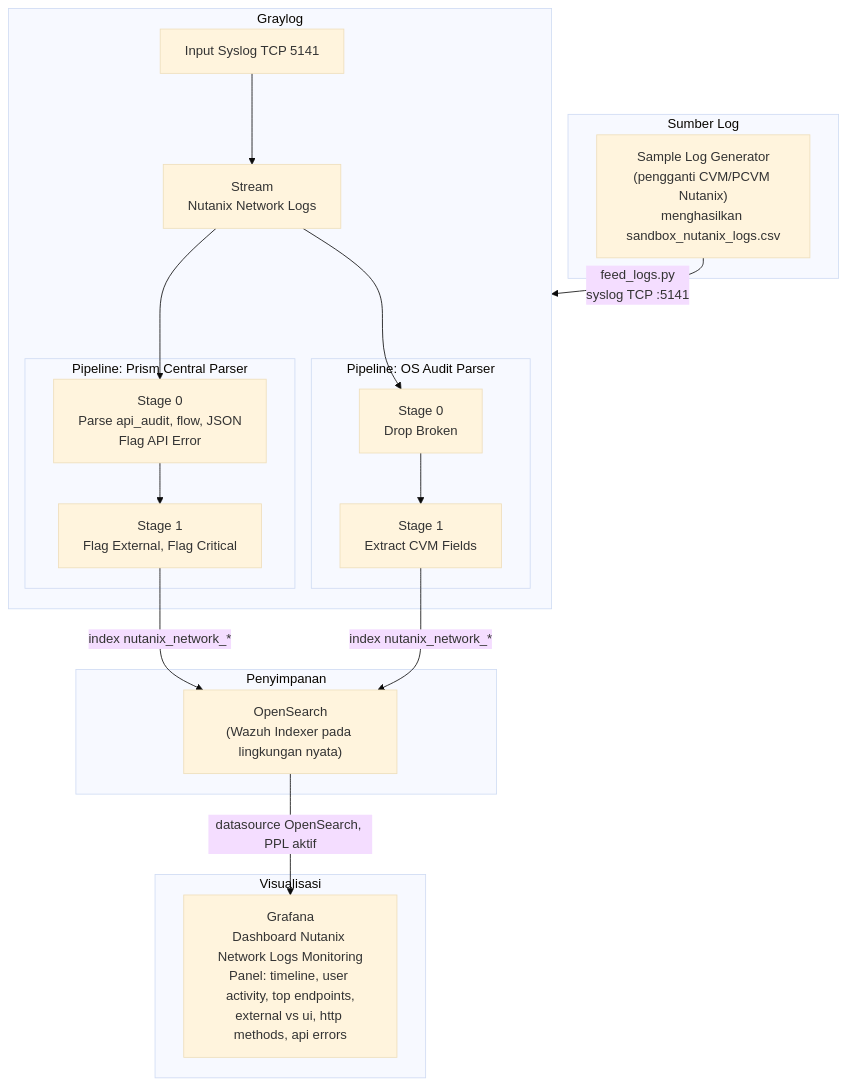
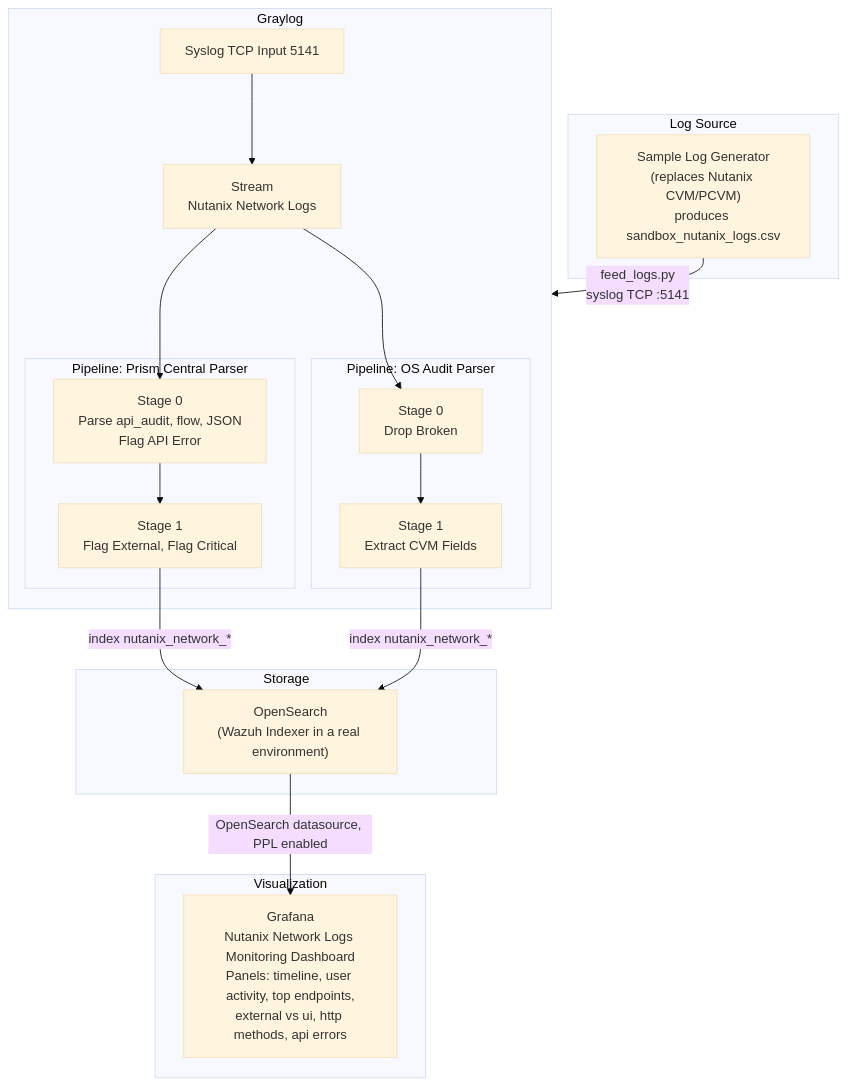
The diagram in docs/ARCHITECTURE.md (dimasqiramadhani/nutanix-soc-fortress-integration), drawn with Mermaid (base theme) before and after one commit. The commit also changed other lines of this file and 18 other files, not shown here.

````diff
--- a/docs/ARCHITECTURE.md
+++ b/docs/ARCHITECTURE.md
@@ -7,37 +7,37 @@
 ```mermaid
 flowchart TD
-    subgraph SRC["Sumber Log"]
-        GEN["Sample Log Generator<br/>(pengganti CVM/PCVM Nutanix)<br/>menghasilkan sandbox_nutanix_logs.csv"]
+    subgraph SRC["Log Source"]
+        GEN["Sample Log Generator<br/>(replaces Nutanix CVM/PCVM)<br/>produces sandbox_nutanix_logs.csv"]
     end
 
     GEN -->|"feed_logs.py<br/>syslog TCP :5141"| GL
 
     subgraph GL["Graylog"]
-        IN["Input Syslog TCP 5141"]
+        IN["Syslog TCP Input 5141"]
         STR["Stream<br/>Nutanix Network Logs"]
         subgraph PCP["Pipeline: Prism Central Parser"]
             PCP0["Stage 0<br/>Parse api_audit, flow, JSON<br/>Flag API Error"]
             PCP1["Stage 1<br/>Flag External, Flag Critical"]
         end
         subgraph OSP["Pipeline: OS Audit Parser"]
             OSP0["Stage 0<br/>Drop Broken"]
             OSP1["Stage 1<br/>Extract CVM Fields"]
         end
         IN --> STR
         STR --> PCP0 --> PCP1
         STR --> OSP0 --> OSP1
     end
 
     PCP1 -->|"index nutanix_network_*"| OS
     OSP1 -->|"index nutanix_network_*"| OS
 
-    subgraph STORE["Penyimpanan"]
-        OS["OpenSearch<br/>(Wazuh Indexer pada lingkungan nyata)"]
+    subgraph STORE["Storage"]
+        OS["OpenSearch<br/>(Wazuh Indexer in a real environment)"]
     end
 
-    OS -->|"datasource OpenSearch, PPL aktif"| GRF
+    OS -->|"OpenSearch datasource, PPL enabled"| GRF
 
-    subgraph VIZ["Visualisasi"]
-        GRF["Grafana<br/>Dashboard Nutanix Network Logs Monitoring<br/>Panel: timeline, user activity, top endpoints,<br/>external vs ui, http methods, api errors"]
+    subgraph VIZ["Visualization"]
+        GRF["Grafana<br/>Nutanix Network Logs Monitoring Dashboard<br/>Panels: timeline, user activity, top endpoints,<br/>external vs ui, http methods, api errors"]
     end
 ```
````
